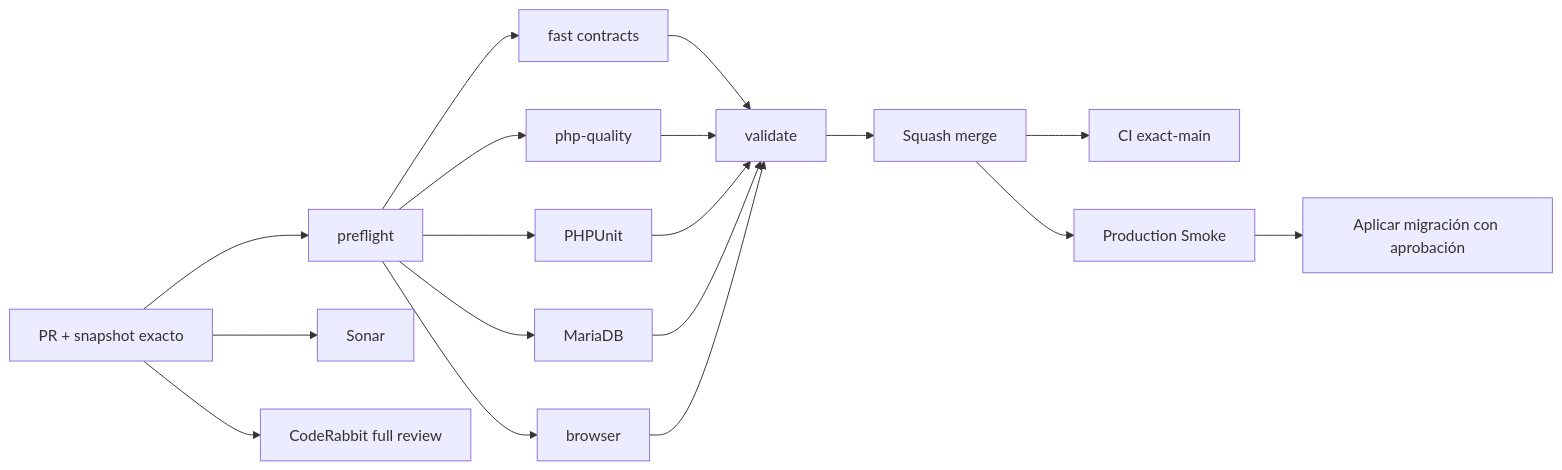
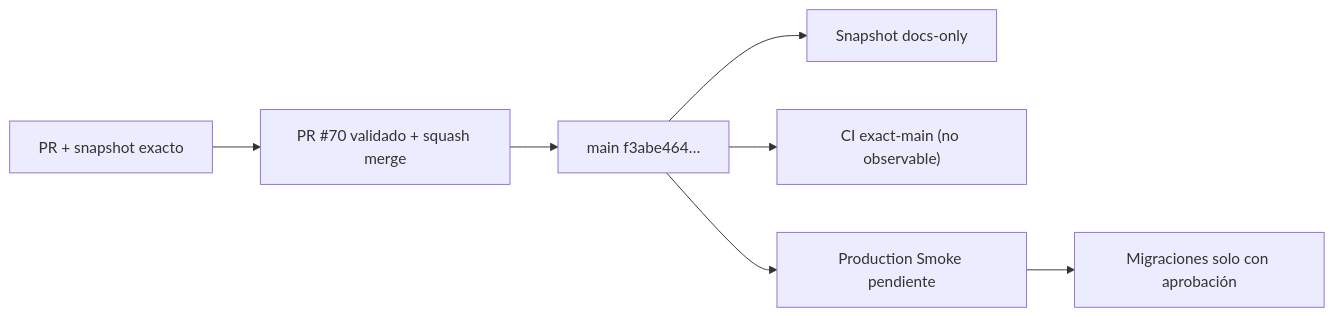
One commit to drpipe1098-commits/GrindFlow changed the diagram in README.md. Above: the diagram before and after it, drawn with Mermaid. The commit also changed other lines of this file, not shown here.

First line of the commit message:
docs: sync distribution post-merge snapshot (#71)

````diff
--- a/README.md
+++ b/README.md
@@ -48,20 +48,9 @@
 ```mermaid
 flowchart LR
-    A["PR + snapshot exacto"] --> P["preflight"]
-    P --> F["fast contracts"]
-    P --> Q["php-quality"]
-    P --> T["PHPUnit"]
-    P --> D["MariaDB"]
-    P --> B["browser"]
-    A --> S["Sonar"]
-    A --> C["CodeRabbit full review"]
-    F --> V["validate"]
-    Q --> V
-    T --> V
-    D --> V
-    B --> V
-    V --> M["Squash merge"]
-    M --> X["CI exact-main"]
-    M --> R["Production Smoke"]
-    R --> G["Aplicar migración con aprobación"]
+    A["PR + snapshot exacto"] --> M["PR #70 validado + squash merge"]
+    M --> N["main f3abe464…"]
+    N --> D["Snapshot docs-only"]
+    N --> X["CI exact-main (no observable)"]
+    N --> R["Production Smoke pendiente"]
+    R --> G["Migraciones solo con aprobación"]
 ```
````
